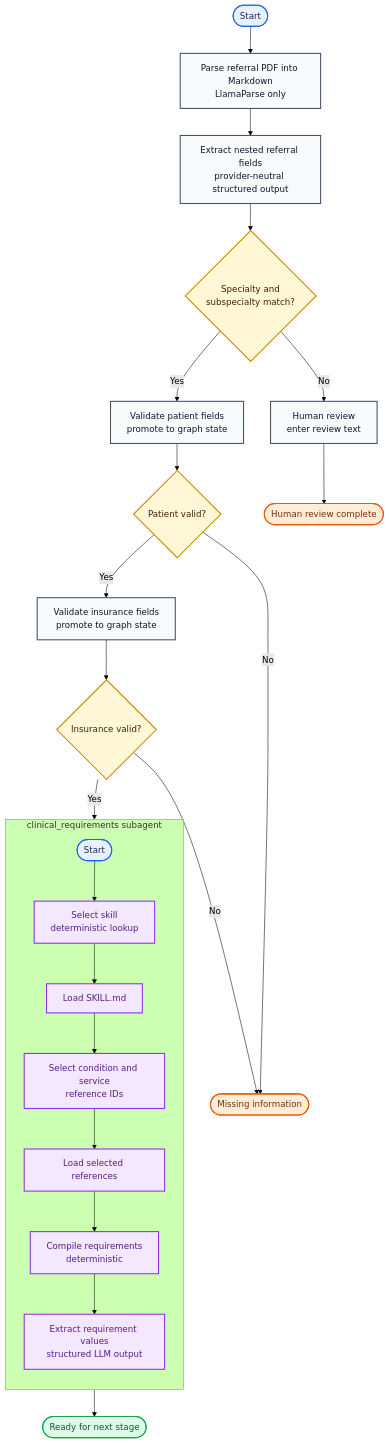
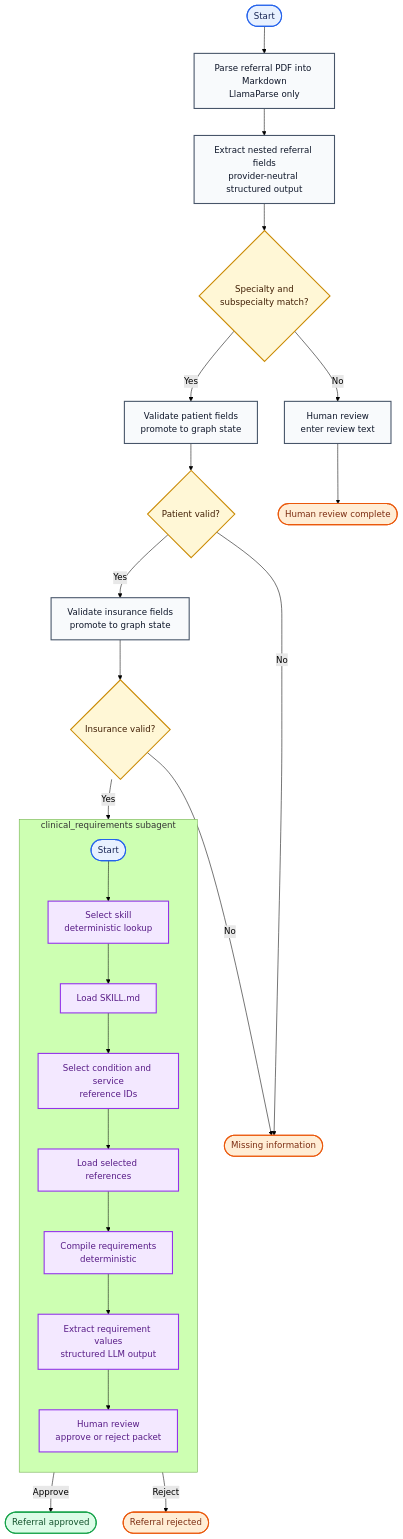
The diagram in docs/referral-intake-agent-flow.md (MahanyaKochhar/Stream-IO), drawn with Mermaid (forest theme) before and after one commit. The commit also changed other lines of this file and 10 other files, not shown here.

Commit message:
Requirement Finding, HITL Verification Subagent requirements, HITL for referral packet

````diff
--- a/docs/referral-intake-agent-flow.md
+++ b/docs/referral-intake-agent-flow.md
@@ -14,63 +15,67 @@
 ```mermaid
 flowchart TD
     START([Start])
     PARSE[Parse referral PDF into Markdown<br/>LlamaParse only]
     EXTRACT[Extract nested referral fields<br/>provider-neutral structured output]
     ROUTING{"Specialty and<br/>subspecialty match?"}
     PATIENT[Validate patient fields<br/>promote to graph state]
     PATIENT_VALID{"Patient valid?"}
     INSURANCE[Validate insurance fields<br/>promote to graph state]
     INSURANCE_VALID{"Insurance valid?"}
 
     subgraph CLINICAL_REQUIREMENTS["clinical_requirements subagent"]
         direction TB
         CR_START([Start])
         SELECT_SKILL[Select skill<br/>deterministic lookup]
         LOAD_SKILL[Load SKILL.md]
         SELECT_REFERENCES[Select condition and service<br/>reference IDs]
         LOAD_REFERENCES[Load selected references]
         COMPILE_REQUIREMENTS[Compile requirements<br/>deterministic]
         EXTRACT_REQUIREMENTS[Extract requirement values<br/>structured LLM output]
+        REVIEW_PACKET[Human review<br/>approve or reject packet]
 
         CR_START --> SELECT_SKILL
         SELECT_SKILL --> LOAD_SKILL
         LOAD_SKILL --> SELECT_REFERENCES
         SELECT_REFERENCES --> LOAD_REFERENCES
         LOAD_REFERENCES --> COMPILE_REQUIREMENTS
         COMPILE_REQUIREMENTS --> EXTRACT_REQUIREMENTS
+        EXTRACT_REQUIREMENTS --> REVIEW_PACKET
     end
 
     HUMAN_REVIEW[Human review<br/>enter review text]
     REVIEWED([Human review complete])
     MISSING_INFO([Missing information])
-    NEXT_STAGE([Ready for next stage])
+    APPROVED([Referral approved])
+    REJECTED([Referral rejected])
 
     START --> PARSE
     PARSE --> EXTRACT
     EXTRACT --> ROUTING
     ROUTING -->|Yes| PATIENT
     ROUTING -->|No| HUMAN_REVIEW
     HUMAN_REVIEW --> REVIEWED
     PATIENT --> PATIENT_VALID
     PATIENT_VALID -->|Yes| INSURANCE
     PATIENT_VALID -->|No| MISSING_INFO
     INSURANCE --> INSURANCE_VALID
     INSURANCE_VALID -->|Yes| CR_START
     INSURANCE_VALID -->|No| MISSING_INFO
-    EXTRACT_REQUIREMENTS --> NEXT_STAGE
+    REVIEW_PACKET -->|Approve| APPROVED
+    REVIEW_PACKET -->|Reject| REJECTED
 
     classDef input fill:#e8f1ff,stroke:#2563eb,color:#172554,stroke-width:2px;
     classDef process fill:#f8fafc,stroke:#475569,color:#0f172a,stroke-width:2px;
     classDef decision fill:#fff7d6,stroke:#ca8a04,color:#422006,stroke-width:2px;
     classDef success fill:#dcfce7,stroke:#16a34a,color:#14532d,stroke-width:2px;
     classDef attention fill:#ffedd5,stroke:#ea580c,color:#7c2d12,stroke-width:2px;
     classDef failure fill:#fee2e2,stroke:#dc2626,color:#7f1d1d,stroke-width:2px;
     classDef subagent fill:#f3e8ff,stroke:#9333ea,color:#581c87,stroke-width:2px;
 
     class START,CR_START input;
     class PARSE,EXTRACT,PATIENT,INSURANCE,HUMAN_REVIEW process;
-    class SELECT_SKILL,LOAD_SKILL,SELECT_REFERENCES,LOAD_REFERENCES,COMPILE_REQUIREMENTS,EXTRACT_REQUIREMENTS subagent;
+    class SELECT_SKILL,LOAD_SKILL,SELECT_REFERENCES,LOAD_REFERENCES,COMPILE_REQUIREMENTS,EXTRACT_REQUIREMENTS,REVIEW_PACKET subagent;
     class ROUTING,PATIENT_VALID,INSURANCE_VALID decision;
-    class NEXT_STAGE success;
-    class MISSING_INFO,REVIEWED attention;
+    class APPROVED success;
+    class MISSING_INFO,REVIEWED,REJECTED attention;
 ```
````
